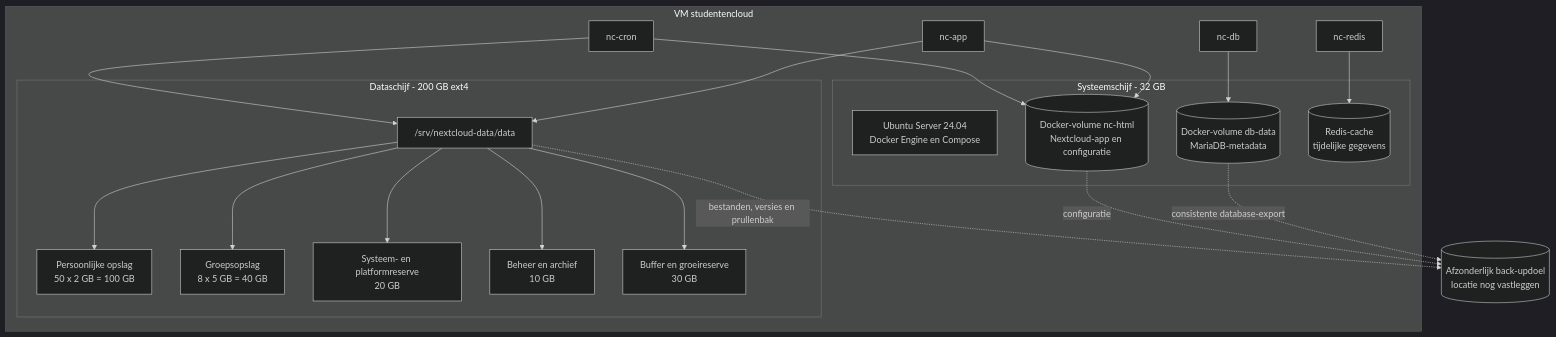
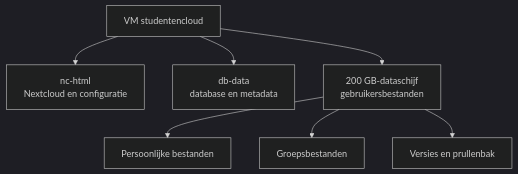
The second of 2 diagrams in docs/architecture.md (Maxime-00/StudentCloud), drawn with Mermaid (dark theme) before and after one commit. The commit also changed other lines of this file and 1 other file, not shown here.

Commit message:
docs: simplify architecture diagrams and verification

````diff
--- a/docs/architecture.md
+++ b/docs/architecture.md
@@ -105,43 +57,11 @@
 ```mermaid
 flowchart TB
-    subgraph Host[VM studentencloud]
-        subgraph SystemDisk[Systeemschijf - 32 GB]
-            OS[Ubuntu Server 24.04<br/>Docker Engine en Compose]
-            HtmlVol[(Docker-volume nc-html<br/>Nextcloud-app en configuratie)]
-            DBVol[(Docker-volume db-data<br/>MariaDB-metadata)]
-            RedisCache[(Redis-cache<br/>tijdelijke gegevens)]
-        end
+    VM[VM studentencloud]
+    VM --> Html[nc-html<br/>Nextcloud en configuratie]
+    VM --> DB[db-data<br/>database en metadata]
+    VM --> Disk[200 GB-dataschijf<br/>gebruikersbestanden]
 
-        subgraph DataDisk[Dataschijf - 200 GB ext4]
-            Mount["/srv/nextcloud-data/data"]
-            Personal[Persoonlijke opslag<br/>50 x 2 GB = 100 GB]
-            Groups[Groepsopslag<br/>8 x 5 GB = 40 GB]
-            Platform[Systeem- en platformreserve<br/>20 GB]
-            Archive[Beheer en archief<br/>10 GB]
-            Growth[Buffer en groeireserve<br/>30 GB]
-        end
-
-        App[nc-app]
-        Cron[nc-cron]
-        DB[nc-db]
-        Redis[nc-redis]
-    end
-
-    Backup[(Afzonderlijk back-updoel<br/>locatie nog vastleggen)]
-
-    App --> HtmlVol
-    Cron --> HtmlVol
-    DB --> DBVol
-    Redis --> RedisCache
-    App --> Mount
-    Cron --> Mount
-    Mount --> Personal
-    Mount --> Groups
-    Mount --> Platform
-    Mount --> Archive
-    Mount --> Growth
-
-    Mount -.->|bestanden, versies en prullenbak| Backup
-    DBVol -.->|consistente database-export| Backup
-    HtmlVol -.->|configuratie| Backup
+    Disk --> Personal[Persoonlijke bestanden]
+    Disk --> Groups[Groepsbestanden]
+    Disk --> Versions[Versies en prullenbak]
 ```
````
